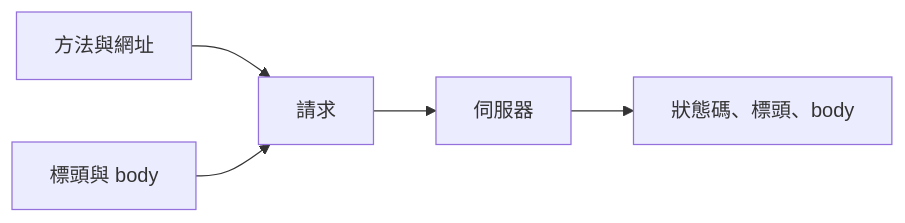
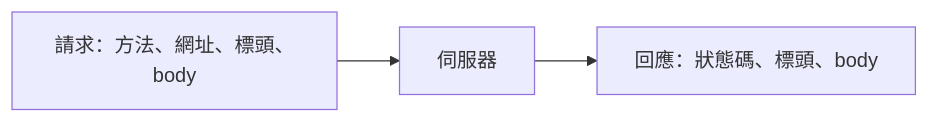
Before and after one commit to summer10920/summer10920.github.io: the fourth of 5 diagrams in source/_posts/lokiTech-15day-08-js-async.md, drawn with Mermaid. The commit also changed other lines of this file and 17 other files, not shown here.

```diff
--- a/source/_posts/lokiTech-15day-08-js-async.md
+++ b/source/_posts/lokiTech-15day-08-js-async.md
@@ -2057,6 +1615,4 @@
 {% mermaid graph LR %}
-methodNode["方法與網址"] --> reqNode["請求"]
-headNode["標頭與 body"] --> reqNode
-reqNode --> serverNode["伺服器"]
-serverNode --> resNode["狀態碼、標頭、body"]
+reqNode["請求：方法、網址、標頭、body"] --> serverNode["伺服器"]
+serverNode --> resNode["回應：狀態碼、標頭、body"]
 {% endmermaid %}
```
